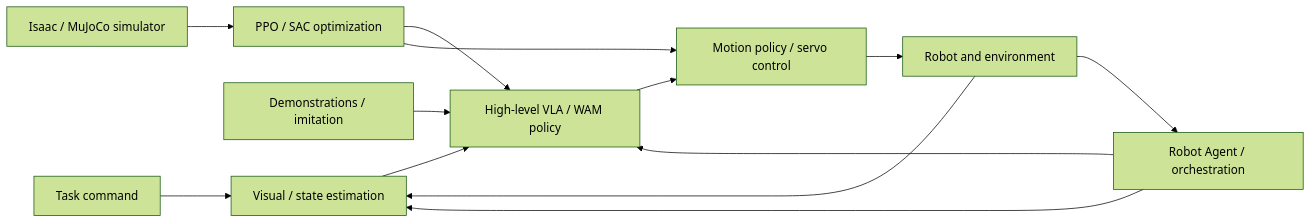
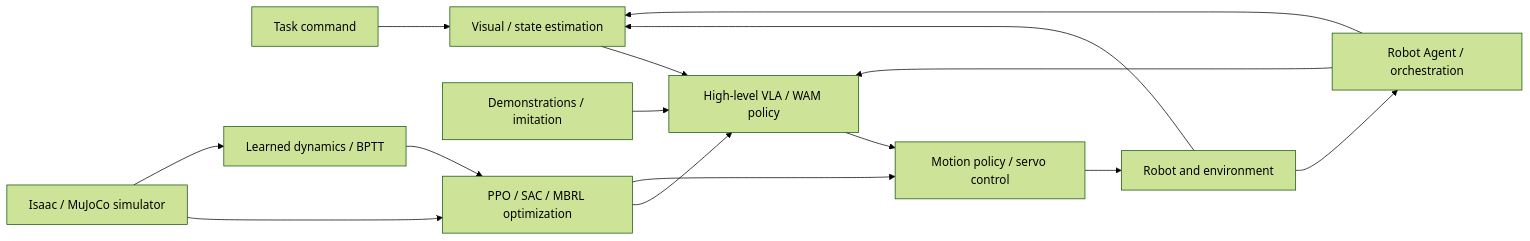
Before and after one commit to zengxiong111/Foundation_of_Embodied_AI: the diagram in syllabus/COURSE_MAP_EN.md, drawn with Mermaid (forest theme). The commit also changed other lines of this file and 34 other files, not shown here.

````diff
--- a/syllabus/COURSE_MAP_EN.md
+++ b/syllabus/COURSE_MAP_EN.md
@@ -33,15 +33,18 @@
 ```mermaid
 flowchart LR
  A["Task command"] --> B["Visual / state estimation"]
  B --> C["High-level VLA / WAM policy"]
  C --> D["Motion policy / servo control"]
  D --> E["Robot and environment"]
  E --> B
  F["Demonstrations / imitation"] --> C
- G["Isaac / MuJoCo simulator"] --> H["PPO / SAC optimization"]
+ G["Isaac / MuJoCo simulator"] --> H["PPO / SAC / MBRL optimization"]
  H --> C
  H --> D
+ M["Learned dynamics / BPTT"]
+ G --> M
+ M --> H
  X["Robot Agent / orchestration"] --> B
  X --> C
  E --> X
 ```
````
